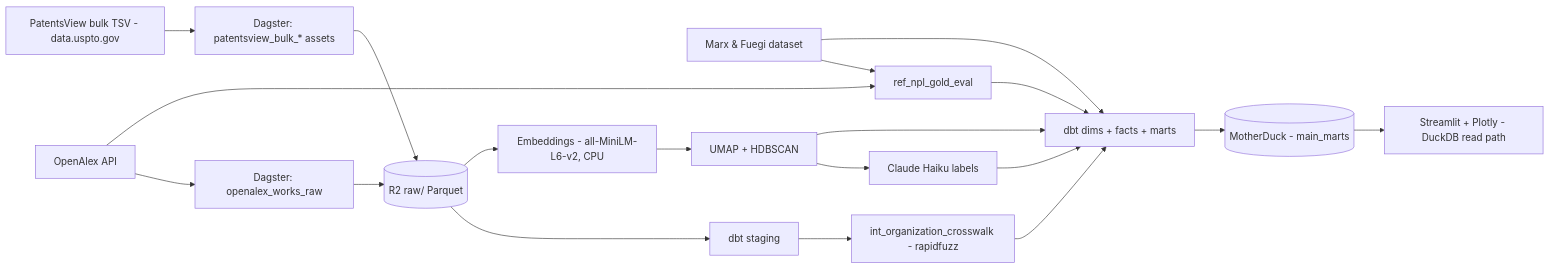
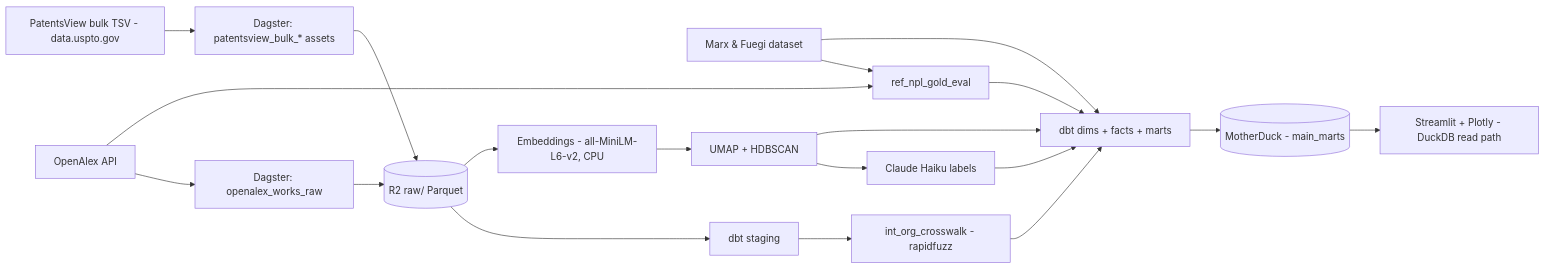
The diagram in ARCHITECTURE.md (RM3006/paper-to-patent), drawn with Mermaid before and after one commit. The commit also changed other lines of this file and 12 other files, not shown here.

First line of the commit message:
Part 8: ship publicly — deploy fix, README/ARCHITECTURE rewrite, app-liveness workflows (#17)

````diff
--- a/ARCHITECTURE.md
+++ b/ARCHITECTURE.md
@@ -18,21 +18,21 @@
 ```mermaid
 flowchart LR
   OA[OpenAlex API] --> OAi[Dagster: openalex_works_raw]
   PV[PatentsView bulk TSV - data.uspto.gov] --> PVi[Dagster: patentsview_bulk_* assets]
   MF[Marx & Fuegi dataset] --> EVAL[ref_npl_gold_eval]
   MF --> MART
   OA --> EVAL
   OAi --> RAW[(R2 raw/ Parquet)]
   PVi --> RAW
   RAW --> STG[dbt staging]
-  STG --> ER[int_organization_crosswalk - rapidfuzz]
+  STG --> ER[int_org_crosswalk - rapidfuzz]
   ER --> MART[dbt dims + facts + marts]
   RAW --> EMB[Embeddings - all-MiniLM-L6-v2, CPU]
   EMB --> CLU[UMAP + HDBSCAN]
   CLU --> LAB[Claude Haiku labels]
   CLU --> MART
   LAB --> MART
   EVAL --> MART
   MART --> MD[(MotherDuck - main_marts)]
   MD --> APP[Streamlit + Plotly - DuckDB read path]
 ```
````
